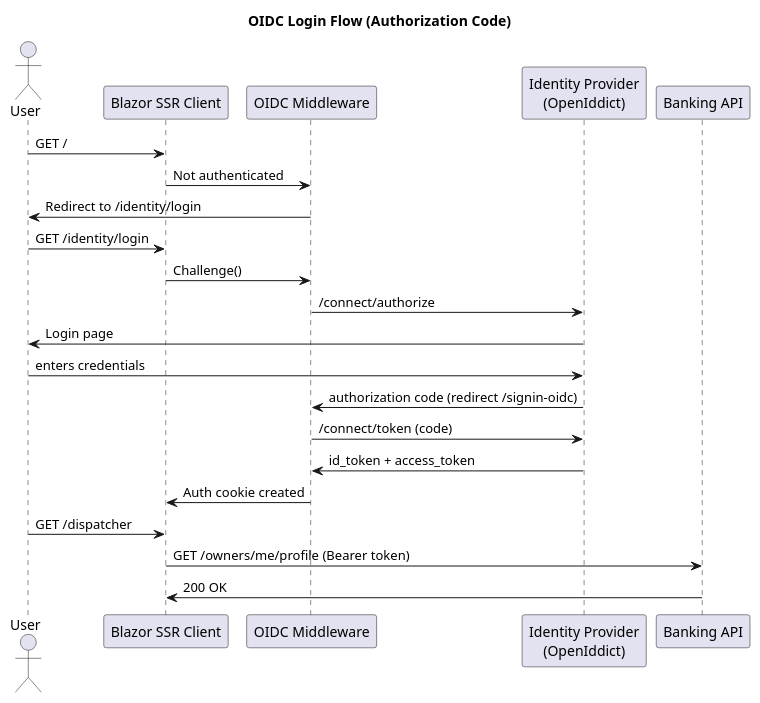
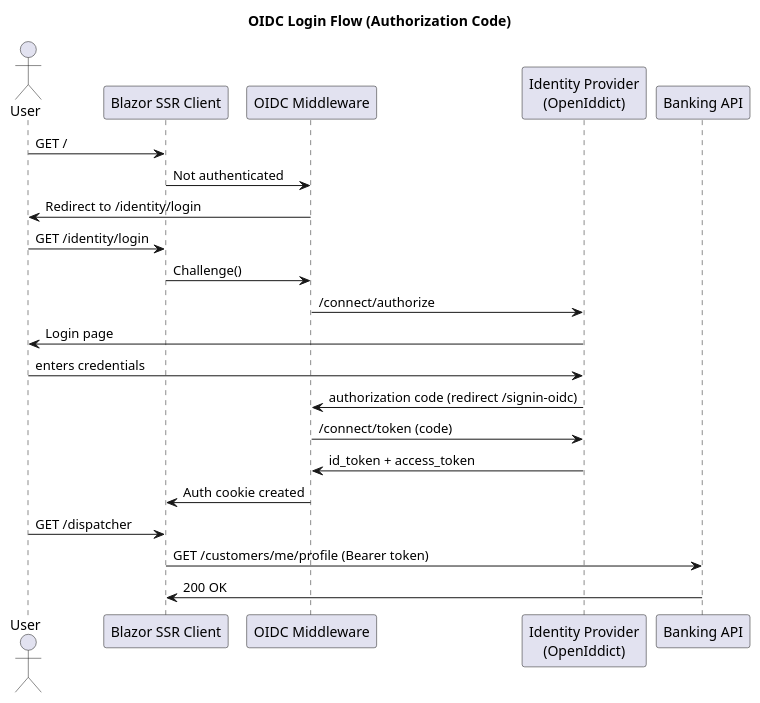
Before and after one commit to berndRog/IdentityAccessServer: the diagram in IdentityAccessServer/1UML/2_Login.puml, drawn with PlantUML. The commit also changed 75 other files, not shown here.

```diff
--- a/IdentityAccessServer/1UML/2_Login.puml
+++ b/IdentityAccessServer/1UML/2_Login.puml
@@ -1,32 +1,32 @@
 @startuml
 title OIDC Login Flow (Authorization Code)
 
 actor User
 participant "Blazor SSR Client" as Client
 participant "OIDC Middleware" as Middleware
 participant "Identity Provider\n(OpenIddict)" as IdP
 participant "Banking API" as API
 
 User -> Client : GET /
 Client -> Middleware : Not authenticated
 Middleware -> User : Redirect to /identity/login
 
 User -> Client : GET /identity/login
 Client -> Middleware : Challenge()
 
 Middleware -> IdP : /connect/authorize
 IdP -> User : Login page
 
 User -> IdP : enters credentials
 IdP -> Middleware : authorization code (redirect /signin-oidc)
 
 Middleware -> IdP : /connect/token (code)
 IdP -> Middleware : id_token + access_token
 
 Middleware -> Client : Auth cookie created
 
 User -> Client : GET /dispatcher
-Client -> API : GET /owners/me/profile (Bearer token)
+Client -> API : GET /customers/me/profile (Bearer token)
 API -> Client : 200 OK
 
 @enduml
```
